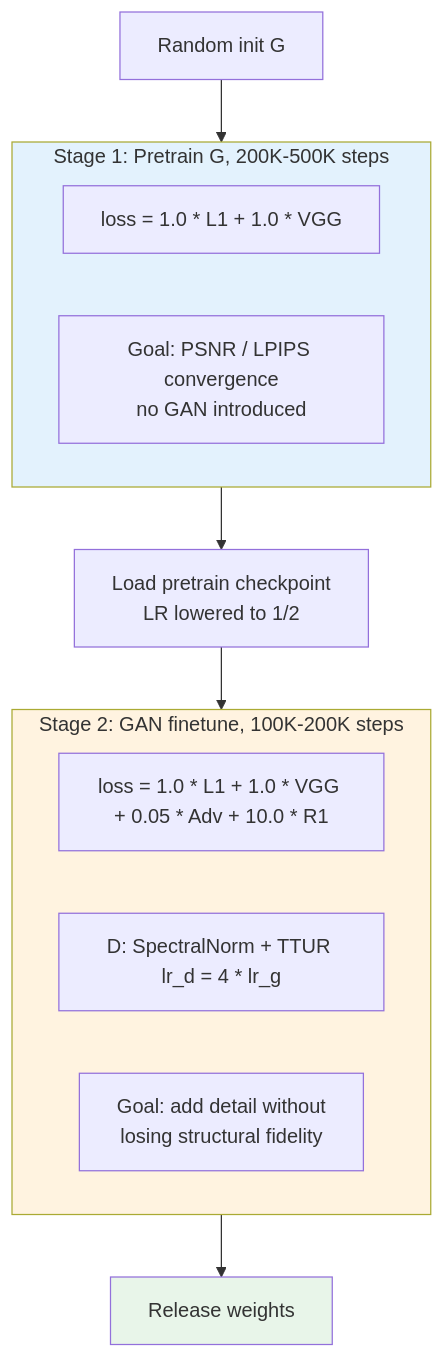
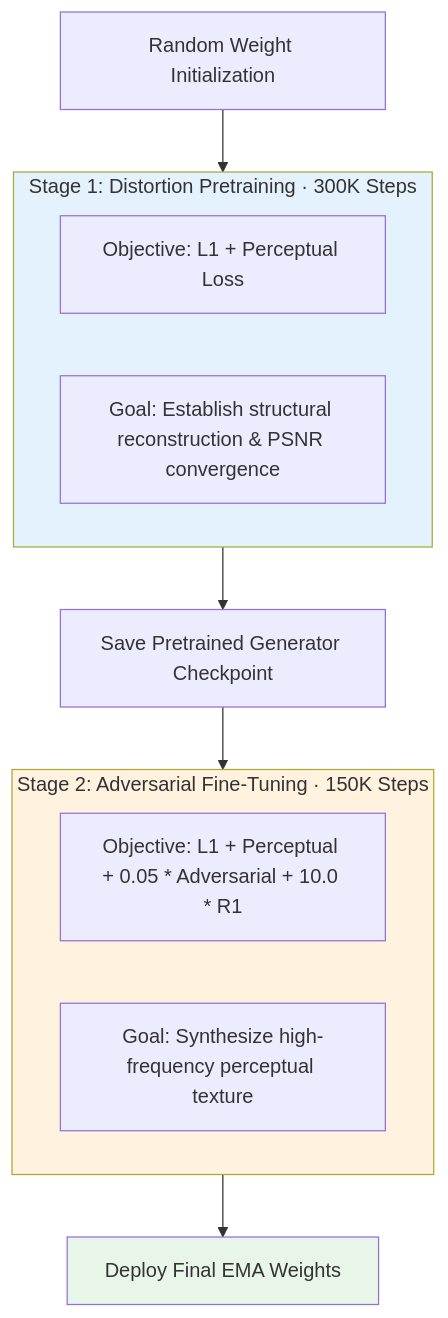
One commit to yingwang/image-enhancement-guide changed the third of 3 diagrams in en/chapters/11-training.md. Above: the diagram before and after it, drawn with Mermaid. The commit also changed other lines of this file and 18 other files, not shown here.

````diff
--- a/en/chapters/11-training.md
+++ b/en/chapters/11-training.md
@@ -573,22 +261,21 @@
 ```mermaid
 graph TD
-    subgraph Stage1[Stage 1: Pretrain G, 200K-500K steps]
-        S1L[loss = 1.0 * L1 + 1.0 * VGG]
-        S1Note[Goal: PSNR / LPIPS convergence<br/>no GAN introduced]
+    subgraph Stage1[Stage 1: Distortion Pretraining · 300K Steps]
+        S1Loss[Objective: L1 + Perceptual Loss]
+        S1Goal[Goal: Establish structural reconstruction & PSNR convergence]
     end
 
-    subgraph Stage2[Stage 2: GAN finetune, 100K-200K steps]
-        S2L[loss = 1.0 * L1 + 1.0 * VGG + 0.05 * Adv + 10.0 * R1]
-        S2D[D: SpectralNorm + TTUR lr_d = 4 * lr_g]
-        S2Note[Goal: add detail without<br/>losing structural fidelity]
+    subgraph Stage2[Stage 2: Adversarial Fine-Tuning · 150K Steps]
+        S2Loss[Objective: L1 + Perceptual + 0.05 * Adversarial + 10.0 * R1]
+        S2Goal[Goal: Synthesize high-frequency perceptual texture]
     end
 
-    Init[Random init G] --> Stage1
-    Stage1 --> Load[Load pretrain checkpoint<br/>LR lowered to 1/2]
-    Load --> Stage2
-    Stage2 --> Final[Release weights]
+    Init[Random Weight Initialization] --> Stage1
+    Stage1 --> Checkpoint[Save Pretrained Generator Checkpoint]
+    Checkpoint --> Stage2
+    Stage2 --> Production[Deploy Final EMA Weights]
 
     style Stage1 fill:#e3f2fd
     style Stage2 fill:#fff3e0
-    style Final fill:#e8f5e9
+    style Production fill:#e8f5e9
 ```
````
